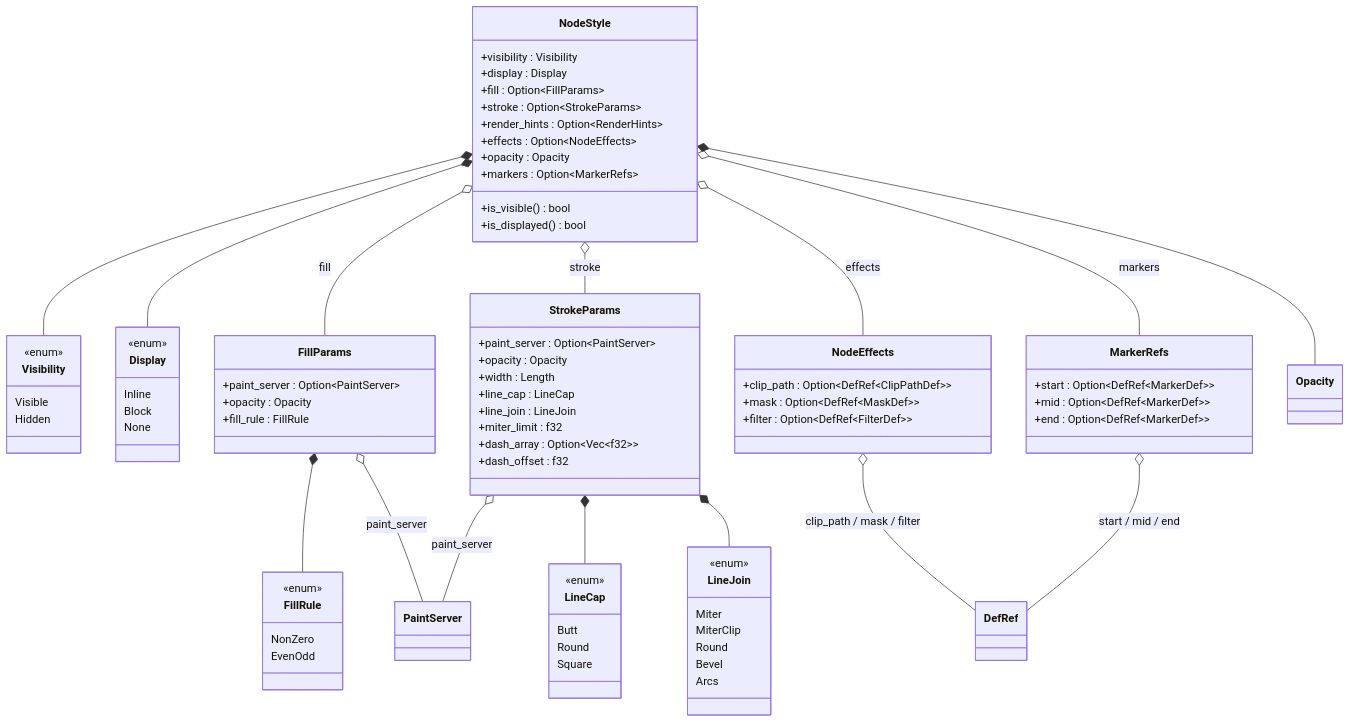
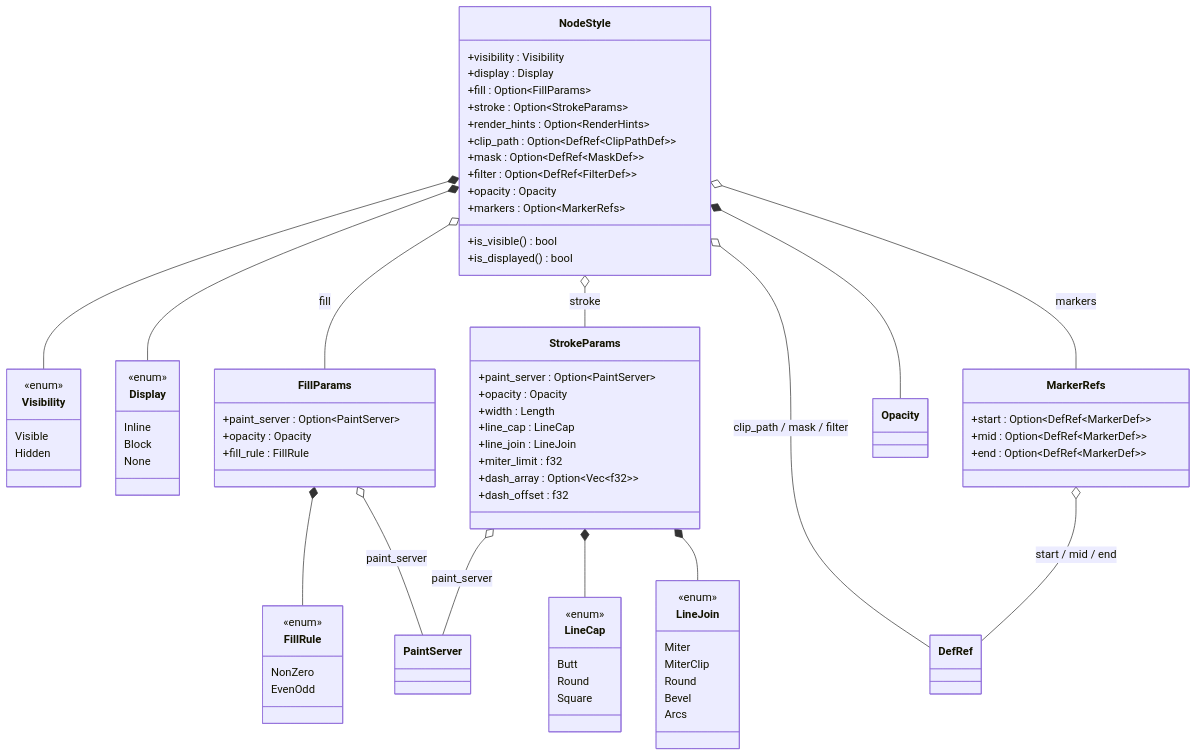
One commit to mu-mostafa98/servo changed the seventh of 17 diagrams in svg-engine-data-model.md. Above: the diagram before and after it, drawn with Mermaid. The commit also changed other lines of this file and 9 other files, not shown here.

````diff
--- a/svg-engine-data-model.md
+++ b/svg-engine-data-model.md
@@ -342,7 +342,9 @@
         +fill : Option~FillParams~
         +stroke : Option~StrokeParams~
         +render_hints : Option~RenderHints~
-        +effects : Option~NodeEffects~
+        +clip_path : Option~DefRef~ClipPathDef~~
+        +mask : Option~DefRef~MaskDef~~
+        +filter : Option~DefRef~FilterDef~~
         +opacity : Opacity
         +markers : Option~MarkerRefs~
         +is_visible() bool
@@ -397,12 +399,6 @@
         Arcs
     }
 
-    class NodeEffects {
-        +clip_path : Option~DefRef~ClipPathDef~~
-        +mask : Option~DefRef~MaskDef~~
-        +filter : Option~DefRef~FilterDef~~
-    }
-
     class MarkerRefs {
         +start : Option~DefRef~MarkerDef~~
         +mid : Option~DefRef~MarkerDef~~
@@ -414,7 +410,7 @@
     NodeStyle *-- Opacity
     NodeStyle o-- FillParams : fill
     NodeStyle o-- StrokeParams : stroke
-    NodeStyle o-- NodeEffects : effects
+    NodeStyle o-- DefRef : clip_path / mask / filter
     NodeStyle o-- MarkerRefs : markers
 
     FillParams *-- FillRule
@@ -423,6 +419,5 @@
     StrokeParams *-- LineJoin
     StrokeParams o-- PaintServer : paint_server
 
-    NodeEffects o-- DefRef : clip_path / mask / filter
     MarkerRefs o-- DefRef : start / mid / end
 ```
````
